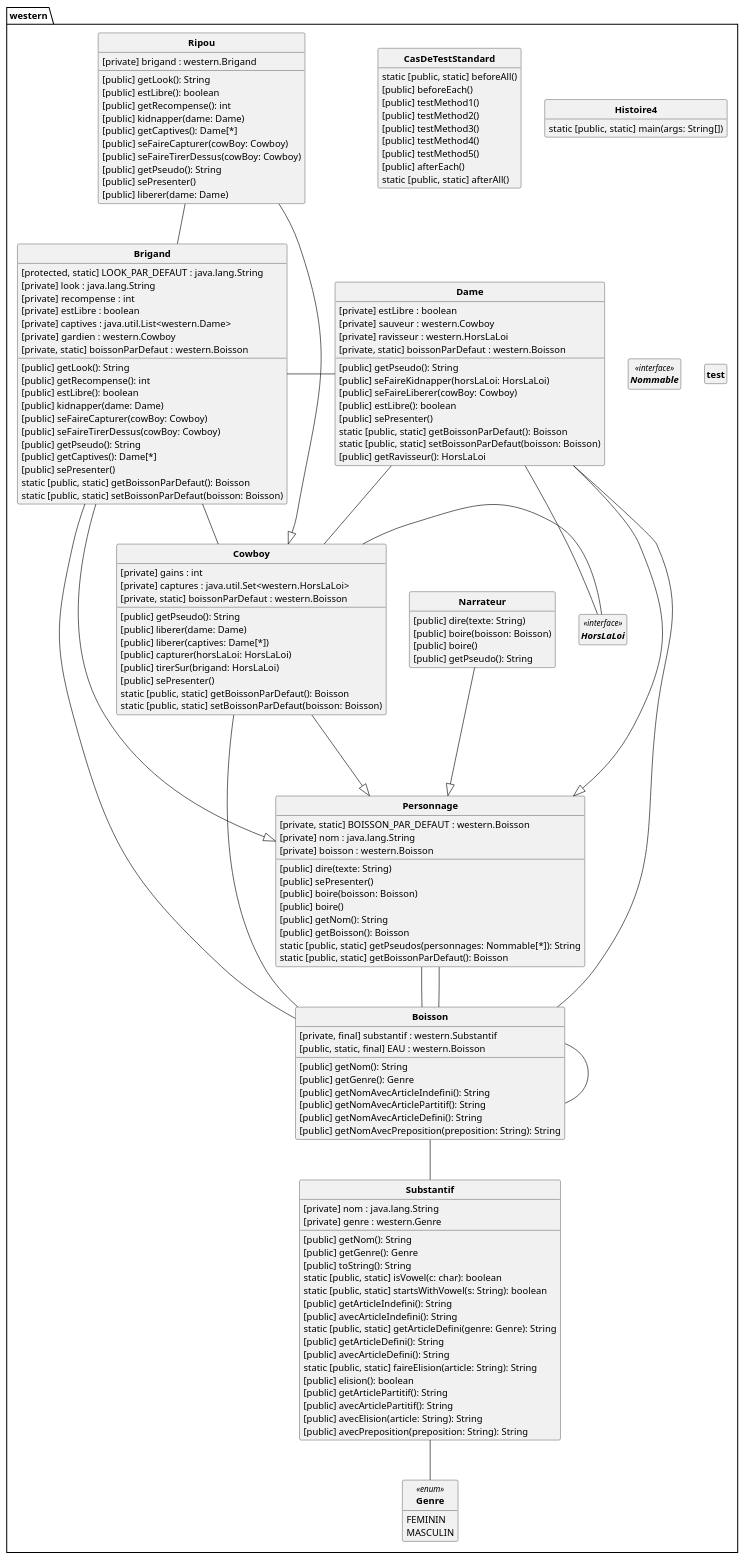
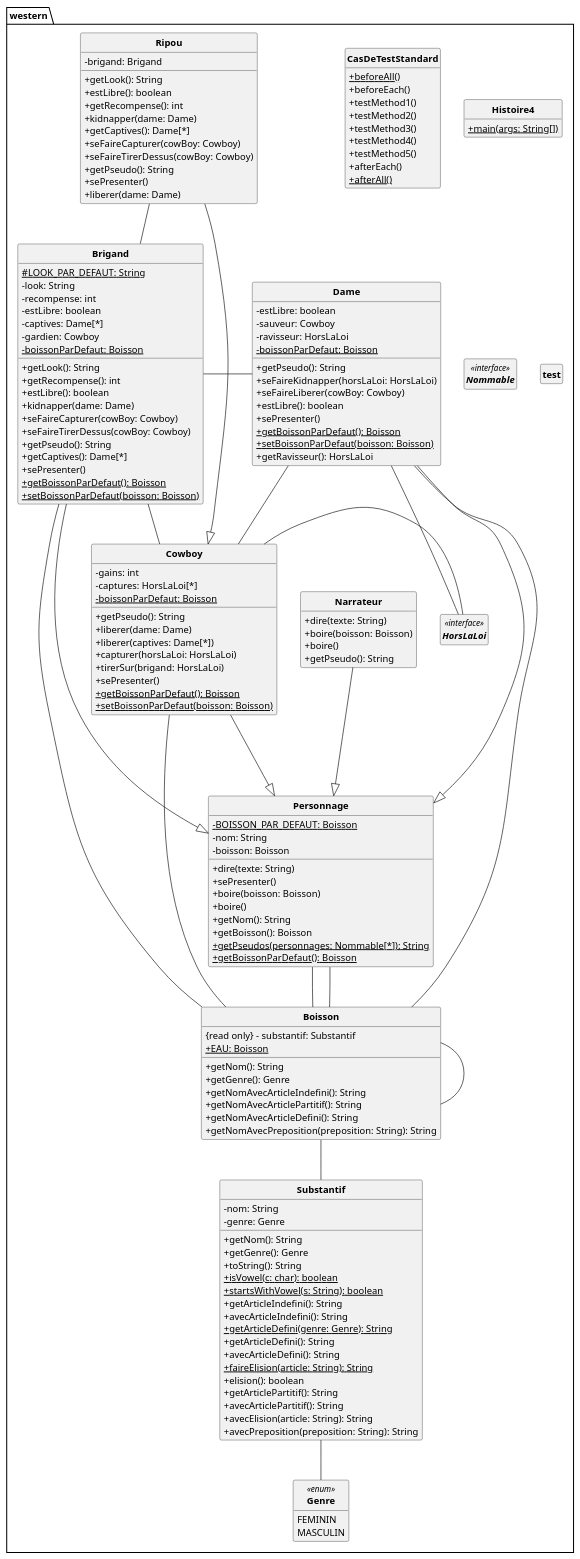
The diagram in src/pumlFromJava/DC_Western.puml (SylvainSchaefer/Java-to-PUML), drawn with PlantUML before and after one commit. The commit also changed 3 other files, not shown here.

```diff
--- a/src/pumlFromJava/DC_Western.puml
+++ b/src/pumlFromJava/DC_Western.puml
@@ -1,191 +1,191 @@
 @startuml
 'https://plantuml.com/class-diagram
 skinparam style strictuml
 skinparam classAttributeIconSize 0
 skinparam classFontStyle Bold
 hide empty members
 
 '''DCA + 
 Class western.Boisson{
-[private, final] substantif : western.Substantif
-[public, static, final] EAU : western.Boisson
-[public] getNom(): String
-[public] getGenre(): Genre
-[public] getNomAvecArticleIndefini(): String
-[public] getNomAvecArticlePartitif(): String
-[public] getNomAvecArticleDefini(): String
-[public] getNomAvecPreposition(preposition: String): String
+{read only} - substantif: Substantif
+{static} + EAU: Boisson
++ getNom(): String
++ getGenre(): Genre
++ getNomAvecArticleIndefini(): String
++ getNomAvecArticlePartitif(): String
++ getNomAvecArticleDefini(): String
++ getNomAvecPreposition(preposition: String): String
 
 }
 western.Boisson -- western.Substantif
 western.Boisson -- western.Boisson
 
 
 Class western.Brigand{
-[protected, static] LOOK_PAR_DEFAUT : java.lang.String
-[private] look : java.lang.String
-[private] recompense : int
-[private] estLibre : boolean
-[private] captives : java.util.List<western.Dame>
-[private] gardien : western.Cowboy
-[public] getLook(): String
-[public] getRecompense(): int
-[public] estLibre(): boolean
-[public] kidnapper(dame: Dame)
-[public] seFaireCapturer(cowBoy: Cowboy)
-[public] seFaireTirerDessus(cowBoy: Cowboy)
-[public] getPseudo(): String
-[public] getCaptives(): Dame[*]
-[public] sePresenter()
-[private, static] boissonParDefaut : western.Boisson
-static [public, static] getBoissonParDefaut(): Boisson
-static [public, static] setBoissonParDefaut(boisson: Boisson)
+{static} # LOOK_PAR_DEFAUT: String
+- look: String
+- recompense: int
+- estLibre: boolean
+- captives: Dame[*]
+- gardien: Cowboy
++ getLook(): String
++ getRecompense(): int
++ estLibre(): boolean
++ kidnapper(dame: Dame)
++ seFaireCapturer(cowBoy: Cowboy)
++ seFaireTirerDessus(cowBoy: Cowboy)
++ getPseudo(): String
++ getCaptives(): Dame[*]
++ sePresenter()
+{static} - boissonParDefaut: Boisson
+{static} + getBoissonParDefaut(): Boisson
+{static} + setBoissonParDefaut(boisson: Boisson)
 
 }
 western.Brigand - western.Dame
 western.Brigand -- western.Cowboy
 western.Brigand -- western.Boisson
 
 western.Brigand ---|> western.Personnage
 Class western.CasDeTestStandard{
-static [public, static] beforeAll()
-[public] beforeEach()
-[public] testMethod1()
-[public] testMethod2()
-[public] testMethod3()
-[public] testMethod4()
-[public] testMethod5()
-[public] afterEach()
-static [public, static] afterAll()
+{static} + beforeAll()
++ beforeEach()
++ testMethod1()
++ testMethod2()
++ testMethod3()
++ testMethod4()
++ testMethod5()
++ afterEach()
+{static} + afterAll()
 
 }
 
 
 Class western.Cowboy{
-[private] gains : int
-[private] captures : java.util.Set<western.HorsLaLoi>
-[public] getPseudo(): String
-[public] liberer(dame: Dame)
-[public] liberer(captives: Dame[*])
-[public] capturer(horsLaLoi: HorsLaLoi)
-[public] tirerSur(brigand: HorsLaLoi)
-[public] sePresenter()
-[private, static] boissonParDefaut : western.Boisson
-static [public, static] getBoissonParDefaut(): Boisson
-static [public, static] setBoissonParDefaut(boisson: Boisson)
+- gains: int
+- captures: HorsLaLoi[*]
++ getPseudo(): String
++ liberer(dame: Dame)
++ liberer(captives: Dame[*])
++ capturer(horsLaLoi: HorsLaLoi)
++ tirerSur(brigand: HorsLaLoi)
++ sePresenter()
+{static} - boissonParDefaut: Boisson
+{static} + getBoissonParDefaut(): Boisson
+{static} + setBoissonParDefaut(boisson: Boisson)
 
 }
 western.Cowboy - western.HorsLaLoi
 western.Cowboy -- western.Boisson
 
 western.Cowboy ---|> western.Personnage
 Class western.Dame{
-[private] estLibre : boolean
-[private] sauveur : western.Cowboy
-[private] ravisseur : western.HorsLaLoi
-[public] getPseudo(): String
-[public] seFaireKidnapper(horsLaLoi: HorsLaLoi)
-[public] seFaireLiberer(cowBoy: Cowboy)
-[public] estLibre(): boolean
-[public] sePresenter()
-[private, static] boissonParDefaut : western.Boisson
-static [public, static] getBoissonParDefaut(): Boisson
-static [public, static] setBoissonParDefaut(boisson: Boisson)
-[public] getRavisseur(): HorsLaLoi
+- estLibre: boolean
+- sauveur: Cowboy
+- ravisseur: HorsLaLoi
++ getPseudo(): String
++ seFaireKidnapper(horsLaLoi: HorsLaLoi)
++ seFaireLiberer(cowBoy: Cowboy)
++ estLibre(): boolean
++ sePresenter()
+{static} - boissonParDefaut: Boisson
+{static} + getBoissonParDefaut(): Boisson
+{static} + setBoissonParDefaut(boisson: Boisson)
++ getRavisseur(): HorsLaLoi
 
 }
 western.Dame -- western.Cowboy
 western.Dame -- western.HorsLaLoi
 western.Dame -- western.Boisson
 
 western.Dame ---|> western.Personnage
 Enum western.Genre<<enum>> {
 FEMININ
 MASCULIN
 
 }
 Class western.Histoire4{
-static [public, static] main(args: String[])
+{static} + main(args: String[])
 
 }
 
 
 Interface western.HorsLaLoi<<interface>> {
 }
 Class western.Narrateur{
-[public] dire(texte: String)
-[public] boire(boisson: Boisson)
-[public] boire()
-[public] getPseudo(): String
++ dire(texte: String)
++ boire(boisson: Boisson)
++ boire()
++ getPseudo(): String
 
 }
 
 western.Narrateur ---|> western.Personnage
 Interface western.Nommable<<interface>> {
 }
 Class western.Personnage{
-[private, static] BOISSON_PAR_DEFAUT : western.Boisson
-[private] nom : java.lang.String
-[private] boisson : western.Boisson
-[public] dire(texte: String)
-[public] sePresenter()
-[public] boire(boisson: Boisson)
-[public] boire()
-[public] getNom(): String
-[public] getBoisson(): Boisson
-static [public, static] getPseudos(personnages: Nommable[*]): String
-static [public, static] getBoissonParDefaut(): Boisson
+{static} - BOISSON_PAR_DEFAUT: Boisson
+- nom: String
+- boisson: Boisson
++ dire(texte: String)
++ sePresenter()
++ boire(boisson: Boisson)
++ boire()
++ getNom(): String
++ getBoisson(): Boisson
+{static} + getPseudos(personnages: Nommable[*]): String
+{static} + getBoissonParDefaut(): Boisson
 
 }
 western.Personnage -- western.Boisson
 western.Personnage -- western.Boisson
 
 
 Class western.Ripou{
-[private] brigand : western.Brigand
-[public] getLook(): String
-[public] estLibre(): boolean
-[public] getRecompense(): int
-[public] kidnapper(dame: Dame)
-[public] getCaptives(): Dame[*]
-[public] seFaireCapturer(cowBoy: Cowboy)
-[public] seFaireTirerDessus(cowBoy: Cowboy)
-[public] getPseudo(): String
-[public] sePresenter()
-[public] liberer(dame: Dame)
+- brigand: Brigand
++ getLook(): String
++ estLibre(): boolean
++ getRecompense(): int
++ kidnapper(dame: Dame)
++ getCaptives(): Dame[*]
++ seFaireCapturer(cowBoy: Cowboy)
++ seFaireTirerDessus(cowBoy: Cowboy)
++ getPseudo(): String
++ sePresenter()
++ liberer(dame: Dame)
 
 }
 western.Ripou -- western.Brigand
 
 western.Ripou ---|> western.Cowboy
 Class western.Substantif{
-[private] nom : java.lang.String
-[private] genre : western.Genre
-[public] getNom(): String
-[public] getGenre(): Genre
-[public] toString(): String
-static [public, static] isVowel(c: char): boolean
-static [public, static] startsWithVowel(s: String): boolean
-[public] getArticleIndefini(): String
-[public] avecArticleIndefini(): String
-static [public, static] getArticleDefini(genre: Genre): String
-[public] getArticleDefini(): String
-[public] avecArticleDefini(): String
-static [public, static] faireElision(article: String): String
-[public] elision(): boolean
-[public] getArticlePartitif(): String
-[public] avecArticlePartitif(): String
-[public] avecElision(article: String): String
-[public] avecPreposition(preposition: String): String
+- nom: String
+- genre: Genre
++ getNom(): String
++ getGenre(): Genre
++ toString(): String
+{static} + isVowel(c: char): boolean
+{static} + startsWithVowel(s: String): boolean
++ getArticleIndefini(): String
++ avecArticleIndefini(): String
+{static} + getArticleDefini(genre: Genre): String
++ getArticleDefini(): String
++ avecArticleDefini(): String
+{static} + faireElision(article: String): String
++ elision(): boolean
++ getArticlePartitif(): String
++ avecArticlePartitif(): String
++ avecElision(article: String): String
++ avecPreposition(preposition: String): String
 
 }
 western.Substantif -- western.Genre
 
 
 Class western.test{
 
 }
 
 
 
 @enduml
```
